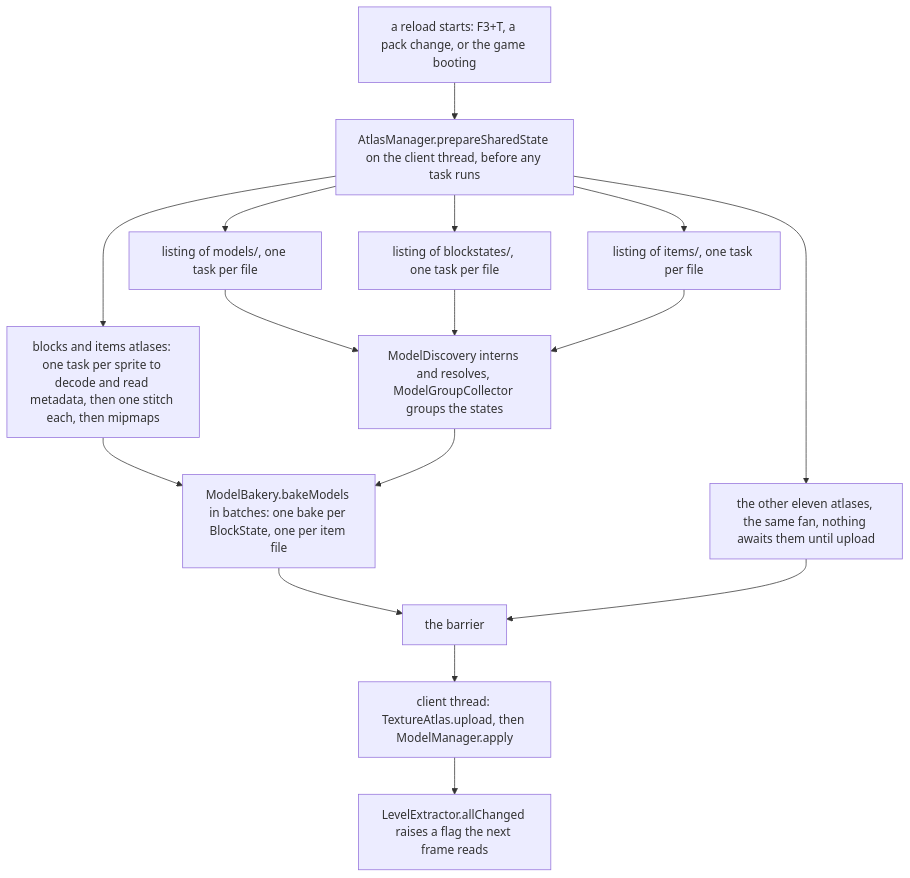
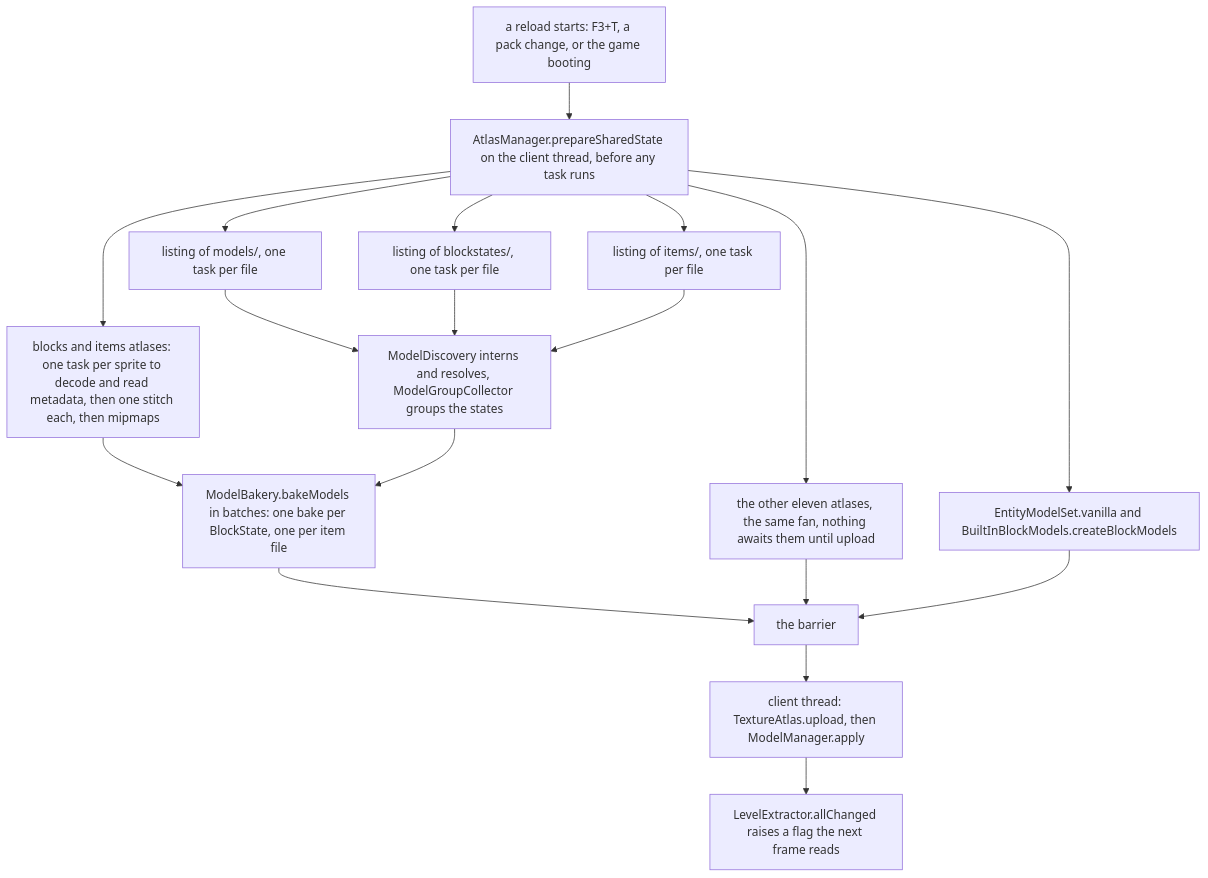
The diagram in src/systems/rendering/models-and-atlases.md (AlexanderjFraser/MinecraftDocs), drawn with Mermaid before and after one commit. The commit also changed other lines of this file and 3 other files, not shown here.

````diff
--- a/src/systems/rendering/models-and-atlases.md
+++ b/src/systems/rendering/models-and-atlases.md
@@ -41,21 +42,22 @@
 ```mermaid
 flowchart TD
     RL["a reload starts: F3+T, a pack change, or the game booting"]
     HS["AtlasManager.prepareSharedState on the client thread, before any task runs"]
     S1["blocks and items atlases: one task per sprite to decode and read metadata, then one stitch each, then mipmaps"]
     S2["the other eleven atlases, the same fan, nothing awaits them until upload"]
     L1["listing of models/, one task per file"]
     L2["listing of blockstates/, one task per file"]
     L3["listing of items/, one task per file"]
+    L4["EntityModelSet.vanilla and BuiltInBlockModels.createBlockModels"]
     RES["ModelDiscovery interns and resolves, ModelGroupCollector groups the states"]
     BAKE["ModelBakery.bakeModels in batches: one bake per BlockState, one per item file"]
     BAR["the barrier"]
     UP["client thread: TextureAtlas.upload, then ModelManager.apply"]
     INV["LevelExtractor.allChanged raises a flag the next frame reads"]
     RL --> HS
-    HS --> S1 & S2 & L1 & L2 & L3
+    HS --> S1 & S2 & L1 & L2 & L3 & L4
     L1 & L2 & L3 --> RES
     S1 & RES --> BAKE
-    BAKE & S2 --> BAR
+    BAKE & S2 & L4 --> BAR
     BAR --> UP --> INV
 ```
````
